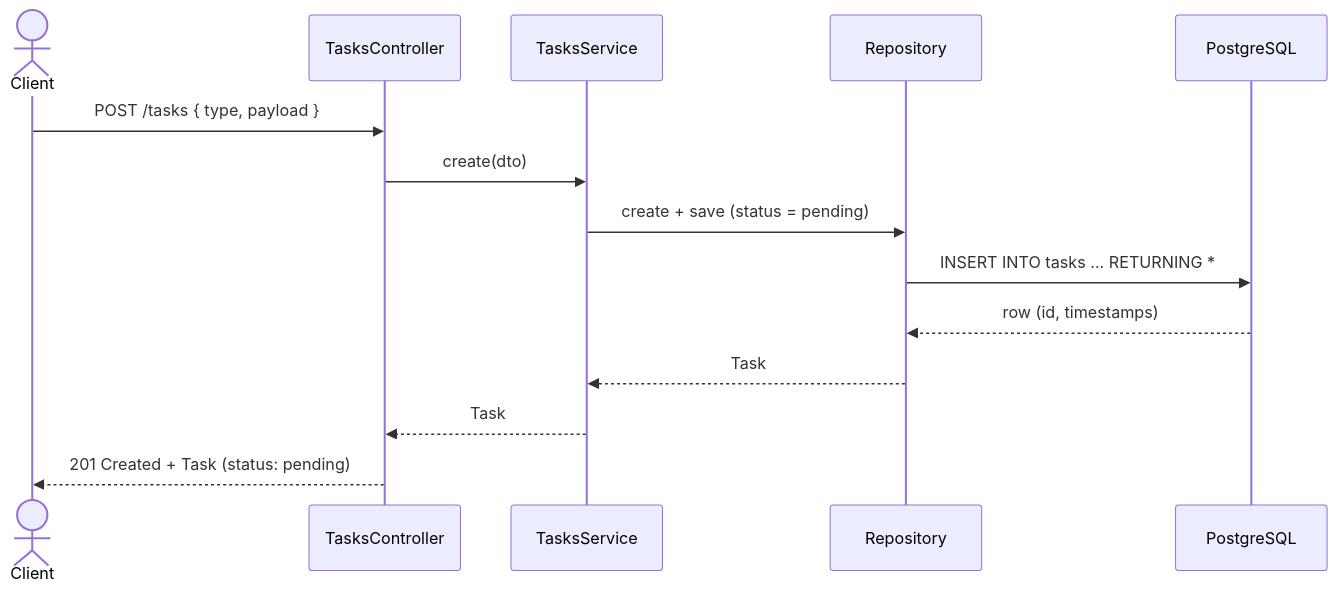
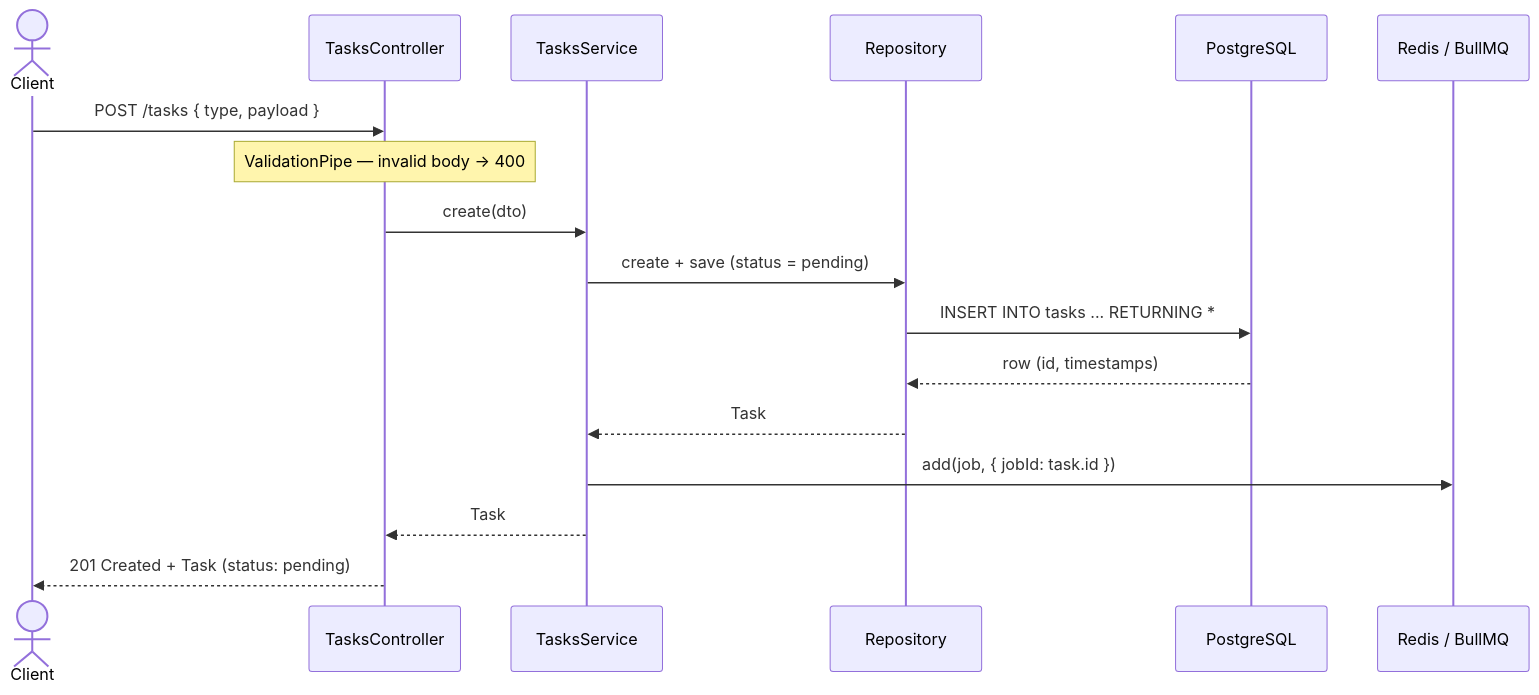
One commit to AnaMuraya/conveyor changed the second of 5 diagrams in docs/architecture.md. Above: the diagram before and after it, drawn with Mermaid. The commit also changed other lines of this file and 33 other files, not shown here.

````diff
--- a/docs/architecture.md
+++ b/docs/architecture.md
@@ -53,17 +66,20 @@
 ```mermaid
 sequenceDiagram
   actor Client
   participant C as TasksController
   participant S as TasksService
   participant R as Repository
   participant DB as PostgreSQL
+  participant Q as Redis / BullMQ
 
   Client->>C: POST /tasks { type, payload }
+  Note over C: ValidationPipe — invalid body → 400
   C->>S: create(dto)
   S->>R: create + save (status = pending)
   R->>DB: INSERT INTO tasks ... RETURNING *
   DB-->>R: row (id, timestamps)
   R-->>S: Task
+  S->>Q: add(job, { jobId: task.id })
   S-->>C: Task
   C-->>Client: 201 Created + Task (status: pending)
 ```
````
